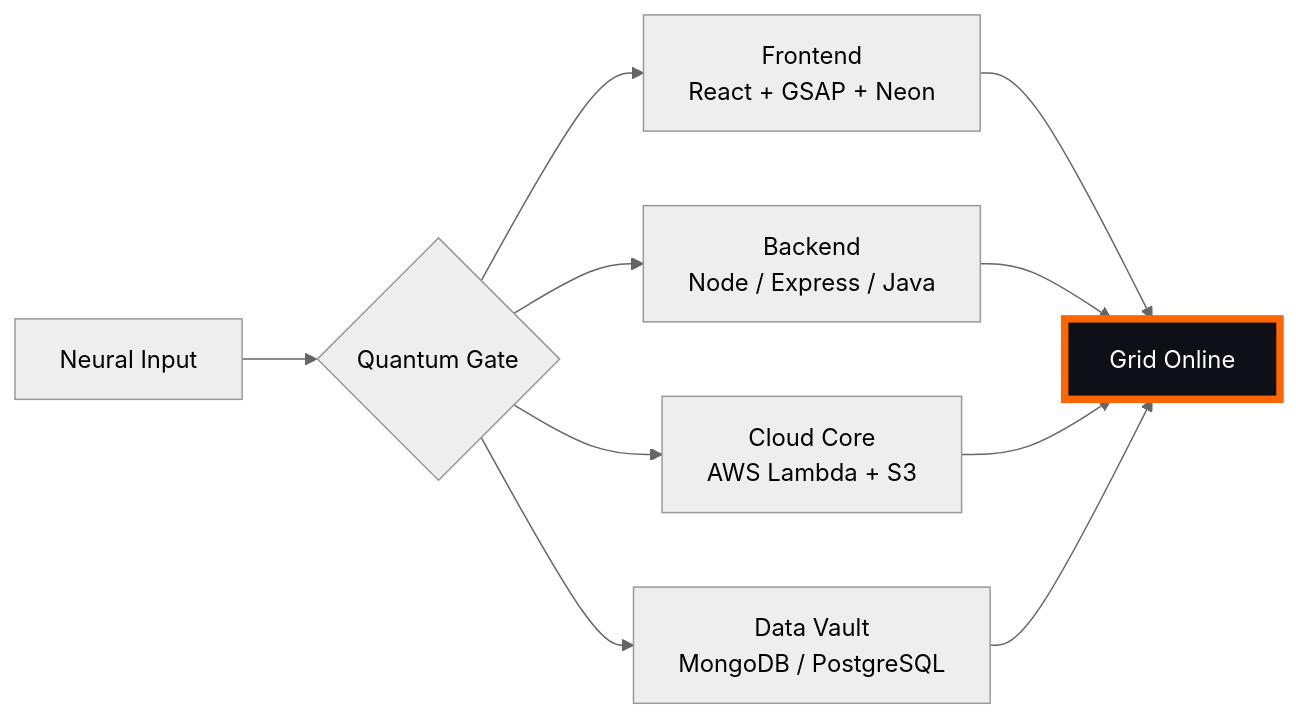
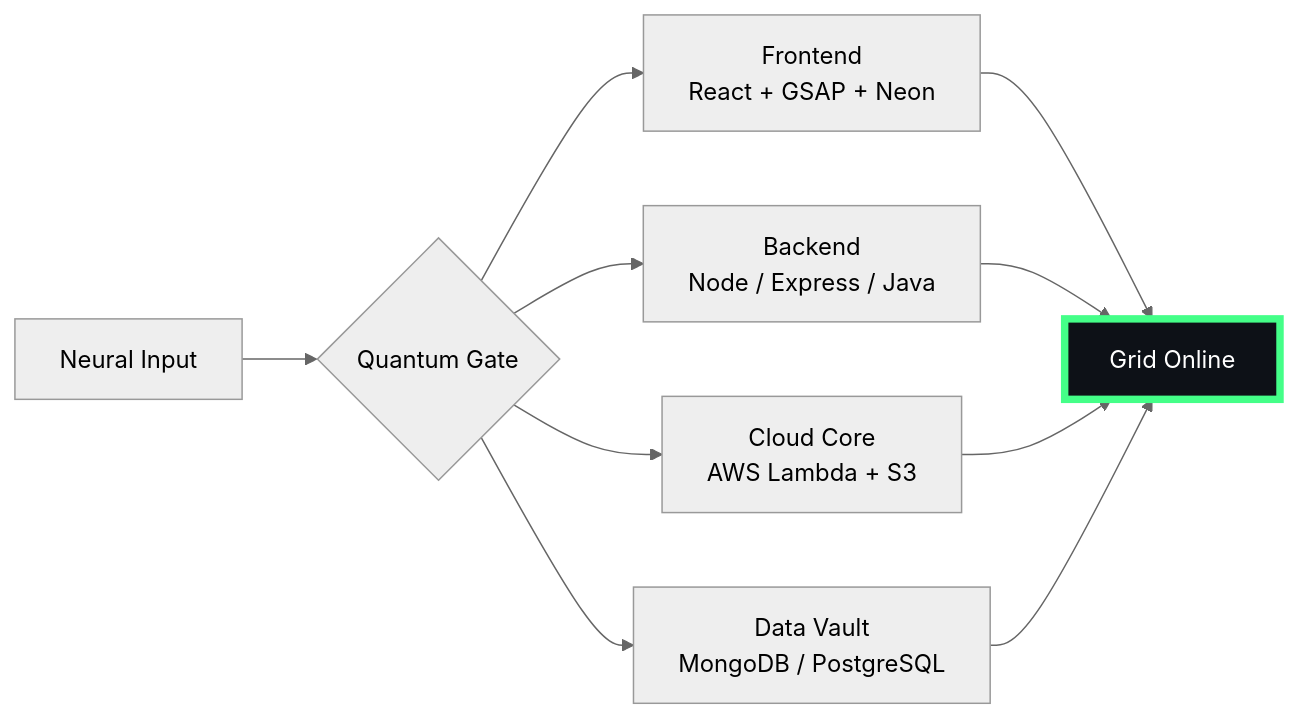
The diagram in README.md (pendemvamsi/pendemvamsi), drawn with Mermaid (neutral theme) before and after one commit. The commit also changed other lines of this file and 1 other file, not shown here.

````diff
--- a/README.md
+++ b/README.md
@@ -32,10 +32,10 @@
 ```mermaid
 flowchart LR
     U[Neural Input] --> G{Quantum Gate}
     G --> F[Frontend<br>React + GSAP + Neon]
     G --> B[Backend<br>Node / Express / Java]
     G --> C[Cloud Core<br>AWS Lambda + S3]
     G --> D[Data Vault<br>MongoDB / PostgreSQL]
     F & B & C & D --> O[Grid Online]
-    style O fill:#0d1117,stroke:#FF6600,stroke-width:5px,color:#fff
+    style O fill:#0d1117,stroke:#44FF88,stroke-width:5px,color:#fff
 ```
````
